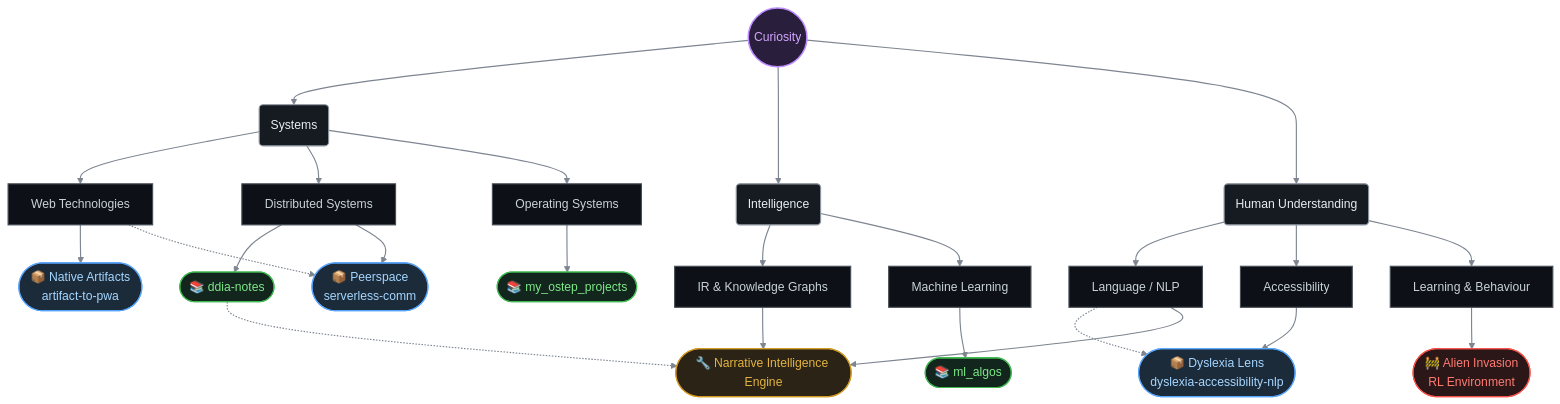
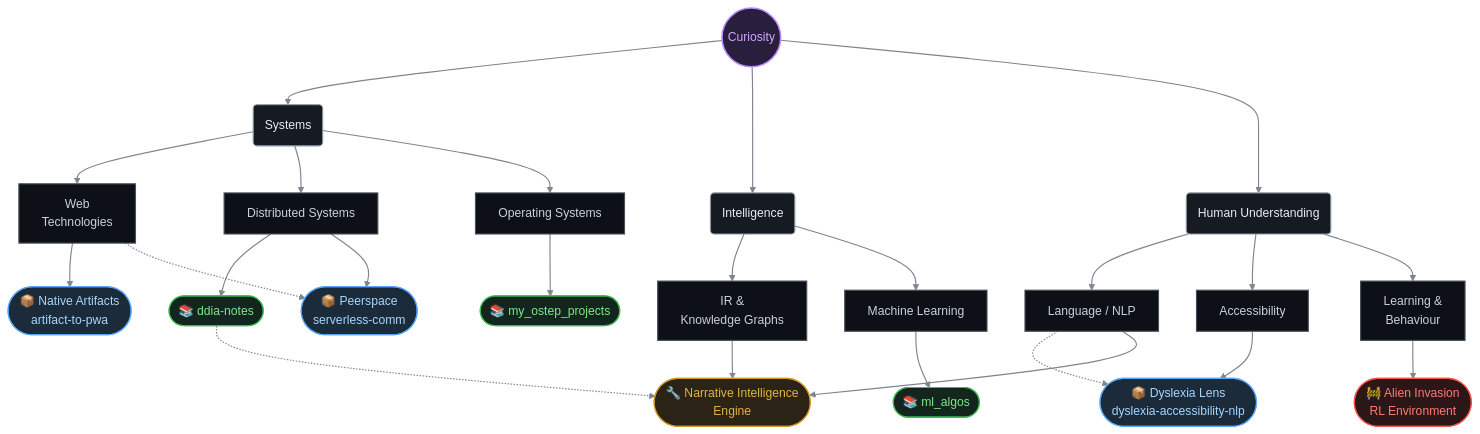
The diagram in README.md (Baaqar-007/Baaqar-007), drawn with Mermaid before and after one commit.

Commit message:
Improve link formatting in README
Updated README to include line breaks in links for better readability.

````diff
--- a/README.md
+++ b/README.md
@@ -5,55 +5,55 @@
 ```mermaid
 %%{init: {"layout":"dagre","look":"classic","theme":"base","themeVariables":{"primaryColor":"#21262d","primaryTextColor":"#e6edf3","primaryBorderColor":"#8b949e","lineColor":"#7d8590","fontFamily":"ui-sans-serif, -apple-system, 'Segoe UI', sans-serif","fontSize":"14px","edgeLabelBackground":"#0d1117"},"flowchart":{"curve":"linear","nodeSpacing":30,"rankSpacing":45}}}%%
 flowchart TD
     ME((Curiosity))
 
     ME --> SYS(Systems)
     ME --> INT(Intelligence)
     ME --> HUM(Human Understanding)
 
-    SYS --> WEB[Web Technologies]
+    SYS --> WEB[Web<br>Technologies]
     SYS --> DIST[Distributed Systems]
     SYS --> OS[Operating Systems]
 
-    INT --> IR[IR & Knowledge Graphs]
+    INT --> IR[IR & <br>Knowledge Graphs]
     INT --> ML[Machine Learning]
 
     HUM --> NLP[Language / NLP]
     HUM --> ACC[Accessibility]
-    HUM --> RL[Learning & Behaviour]
+    HUM --> RL[Learning & <br>Behaviour]
 
     OS --> OSTEP([📚 my_ostep_projects])
     ML --> ALGOS([📚 ml_algos])
     DIST --> DDIA([📚 ddia-notes])
 
     WEB --> ATP([📦 Native Artifacts<br>artifact-to-pwa])
     DIST --> COMM([📦 Peerspace<br>serverless-comm])
     WEB -.-> COMM
 
     ACC --> DYS([📦 Dyslexia Lens<br>dyslexia-accessibility-nlp])
     NLP -.-> DYS
 
-    IR --> NIE([🔧 Narrative Intelligence Engine])
+    IR --> NIE([🔧 Narrative Intelligence<br>Engine])
     NLP --> NIE
     DDIA -.-> NIE
 
     RL --> ALIEN([🚧 Alien Invasion<br>RL Environment])
 
     classDef root fill:#2a1e3d,stroke:#bc8cff,stroke-width:2px,color:#d2a8ff
     classDef branch fill:#161b22,stroke:#8b949e,stroke-width:1.5px,color:#e6edf3
     classDef leaf fill:#0d1117,stroke:#484f58,stroke-width:1.5px,color:#c9d1d9
     classDef learn fill:#12261e,stroke:#3fb950,stroke-width:1.5px,color:#7ee787
     classDef project fill:#1c2b3a,stroke:#58a6ff,stroke-width:1.5px,color:#a5d6ff
     classDef tool fill:#2b2416,stroke:#d29922,stroke-width:1.5px,color:#e3b341
     classDef wip fill:#2b1618,stroke:#f85149,stroke-width:1.5px,color:#ff7b72
 
     class ME root
     class SYS,INT,HUM branch
     class WEB,DIST,OS,IR,ML,NLP,ACC,RL leaf
     class OSTEP,ALGOS,DDIA learn
     class ATP,COMM,DYS project
     class NIE tool
     class ALIEN wip
 
     linkStyle default stroke:#7d8590,stroke-width:1.5px
 ```
````
